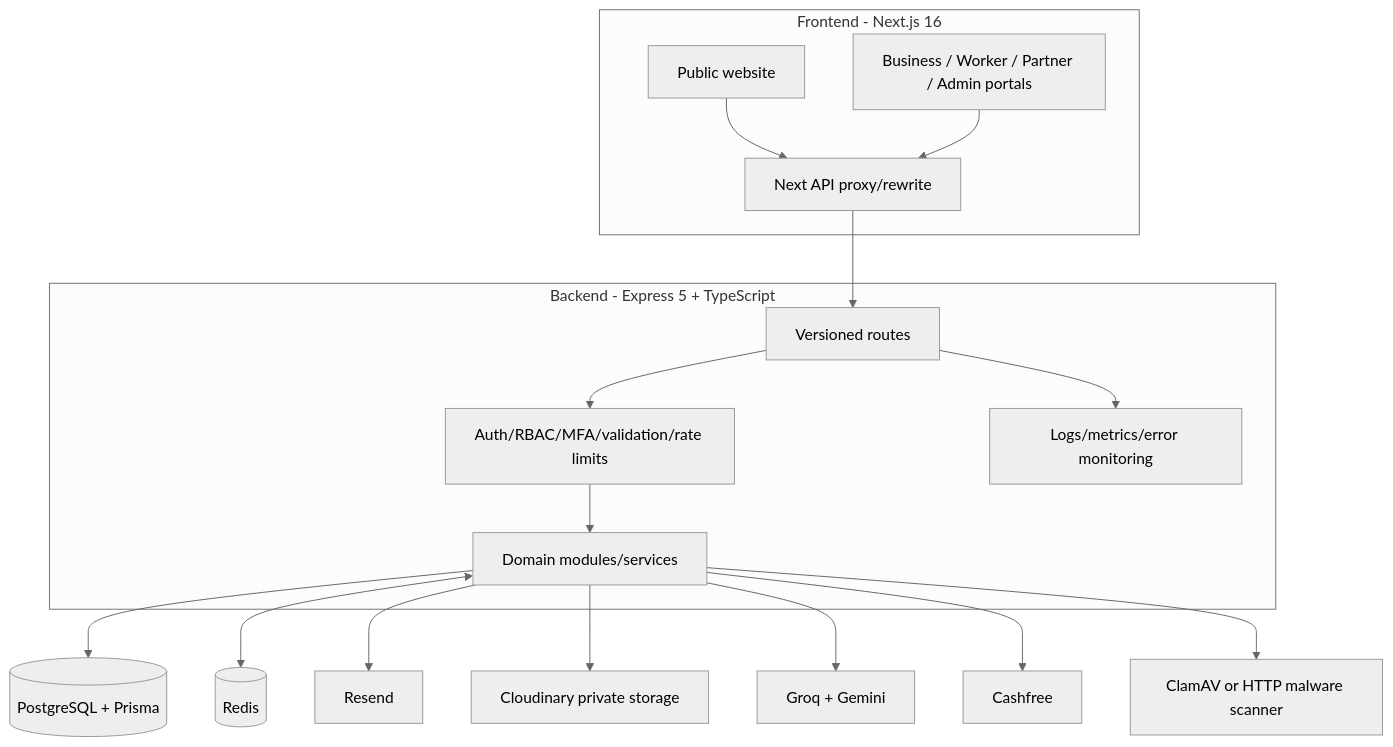
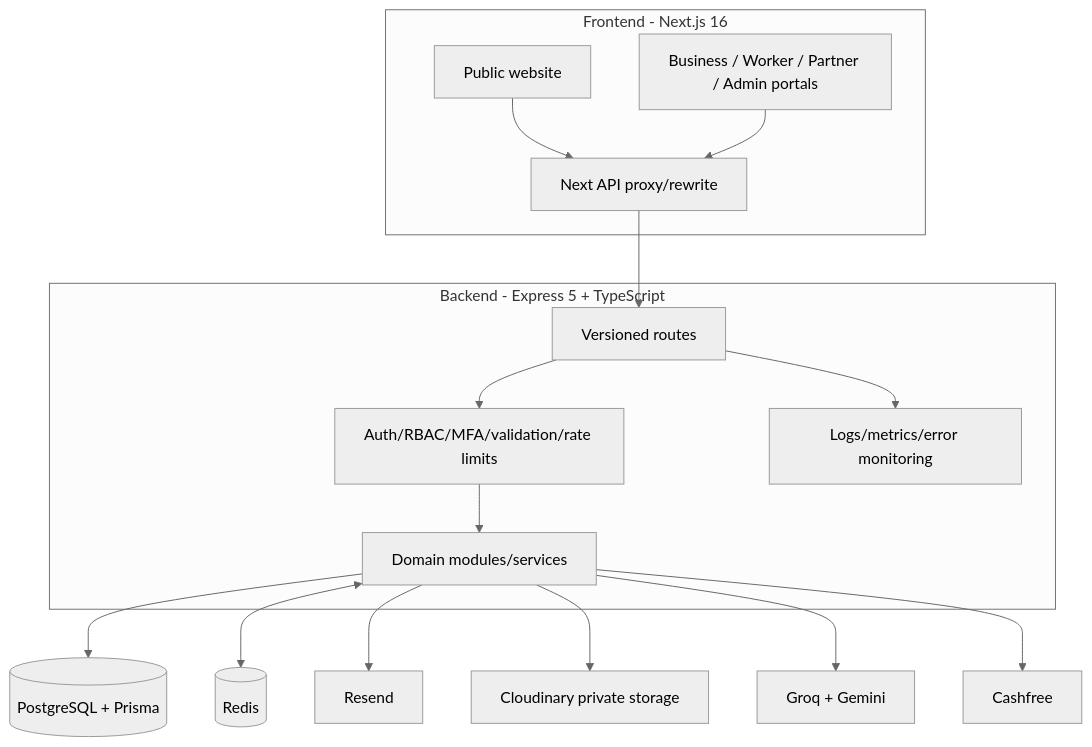
The diagram in docs/02-system/SYSTEM_ARCHITECTURE.md (Aayush20253534/ZOBHUNGER), drawn with Mermaid (neutral theme) before and after one commit. The commit also changed other lines of this file and 20 other files, not shown here.

Commit message:
remove malware scanning from file upload flow

````diff
--- a/docs/02-system/SYSTEM_ARCHITECTURE.md
+++ b/docs/02-system/SYSTEM_ARCHITECTURE.md
@@ -5,36 +5,34 @@
 ```mermaid
 flowchart TB
     subgraph Client[Frontend - Next.js 16]
       Public[Public website]
       Portals[Business / Worker / Partner / Admin portals]
       Proxy[Next API proxy/rewrite]
     end
 
     subgraph API[Backend - Express 5 + TypeScript]
       Routes[Versioned routes]
       Domain[Domain modules/services]
       Security[Auth/RBAC/MFA/validation/rate limits]
       Obs[Logs/metrics/error monitoring]
     end
 
     DB[(PostgreSQL + Prisma)]
     Cache[(Redis)]
     Mail[Resend]
     Files[Cloudinary private storage]
     AI[Groq + Gemini]
     Pay[Cashfree]
-    Scan[ClamAV or HTTP malware scanner]
 
     Public --> Proxy
     Portals --> Proxy
     Proxy --> Routes
     Routes --> Security --> Domain
     Domain --> DB
     Domain <--> Cache
     Domain --> Mail
     Domain --> Files
     Domain --> AI
     Domain --> Pay
-    Domain --> Scan
     Routes --> Obs
 ```
````
